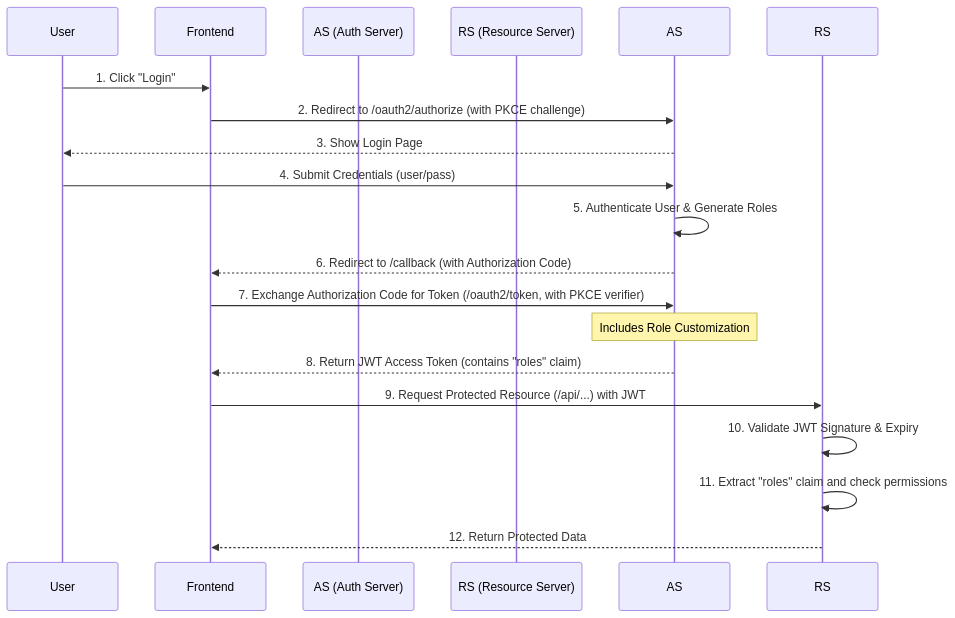
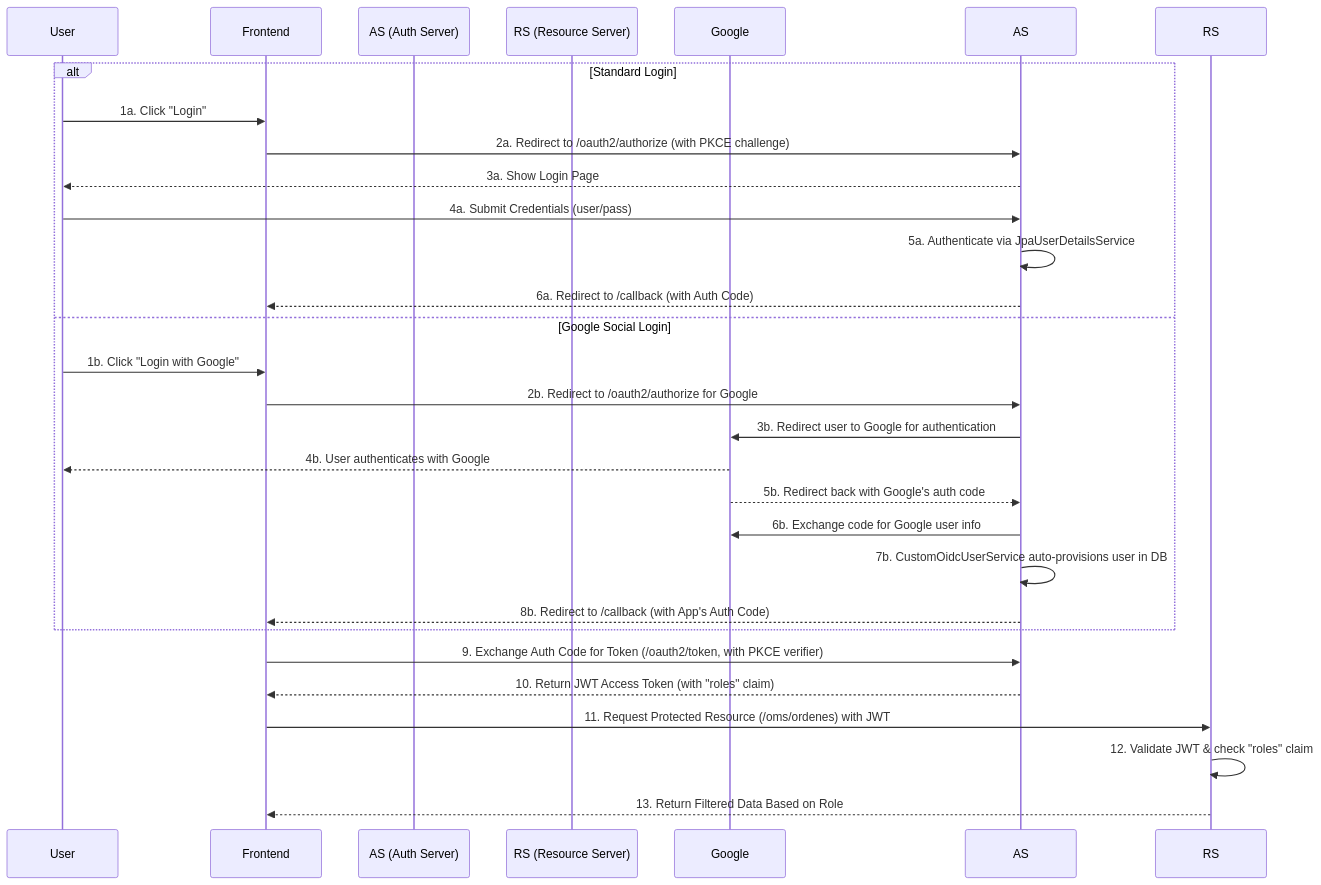
One commit to busquedad/Hibernate changed the first of 2 diagrams in README.md. Above: the diagram before and after it, drawn with Mermaid. The commit also changed other lines of this file and 19 other files, not shown here.

````diff
--- a/README.md
+++ b/README.md
@@ -116,23 +116,33 @@
 ```mermaid
 sequenceDiagram
     participant User
     participant Frontend
     participant AuthorizationServer as AS (Auth Server)
     participant ResourceServer as RS (Resource Server)
+    participant Google
 
-    User->>Frontend: 1. Click "Login"
-    Frontend->>AS: 2. Redirect to /oauth2/authorize (with PKCE challenge)
-    AS-->>User: 3. Show Login Page
-    User->>AS: 4. Submit Credentials (user/pass)
-    AS->>AS: 5. Authenticate User & Generate Roles
-    AS-->>Frontend: 6. Redirect to /callback (with Authorization Code)
+    alt Standard Login
+        User->>Frontend: 1a. Click "Login"
+        Frontend->>AS: 2a. Redirect to /oauth2/authorize (with PKCE challenge)
+        AS-->>User: 3a. Show Login Page
+        User->>AS: 4a. Submit Credentials (user/pass)
+        AS->>AS: 5a. Authenticate via JpaUserDetailsService
+        AS-->>Frontend: 6a. Redirect to /callback (with Auth Code)
+    else Google Social Login
+        User->>Frontend: 1b. Click "Login with Google"
+        Frontend->>AS: 2b. Redirect to /oauth2/authorize for Google
+        AS->>Google: 3b. Redirect user to Google for authentication
+        Google-->>User: 4b. User authenticates with Google
+        Google-->>AS: 5b. Redirect back with Google's auth code
+        AS->>Google: 6b. Exchange code for Google user info
+        AS->>AS: 7b. CustomOidcUserService auto-provisions user in DB
+        AS-->>Frontend: 8b. Redirect to /callback (with App's Auth Code)
+    end
 
-    Frontend->>AS: 7. Exchange Authorization Code for Token (/oauth2/token, with PKCE verifier)
-    Note over AS: Includes Role Customization
-    AS-->>Frontend: 8. Return JWT Access Token (contains "roles" claim)
+    Frontend->>AS: 9. Exchange Auth Code for Token (/oauth2/token, with PKCE verifier)
+    AS-->>Frontend: 10. Return JWT Access Token (with "roles" claim)
 
-    Frontend->>RS: 9. Request Protected Resource (/api/...) with JWT
-    RS->>RS: 10. Validate JWT Signature & Expiry
-    RS->>RS: 11. Extract "roles" claim and check permissions
-    RS-->>Frontend: 12. Return Protected Data
+    Frontend->>RS: 11. Request Protected Resource (/oms/ordenes) with JWT
+    RS->>RS: 12. Validate JWT & check "roles" claim
+    RS-->>Frontend: 13. Return Filtered Data Based on Role
 ```
````
